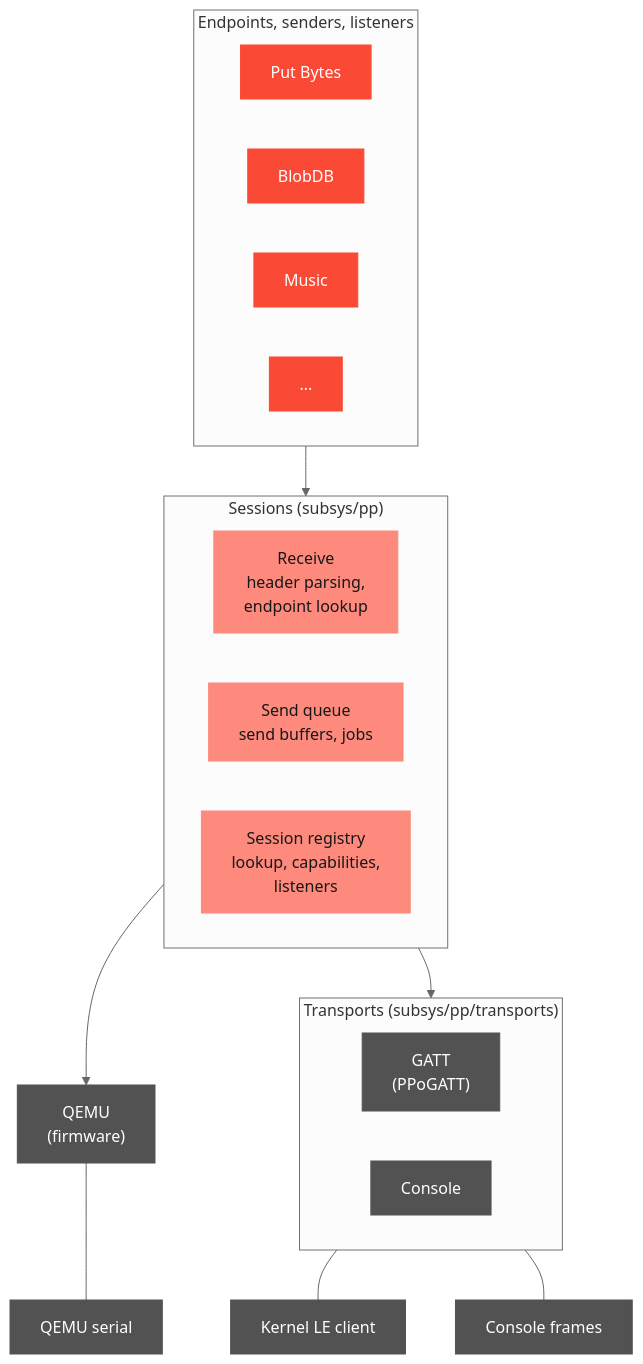
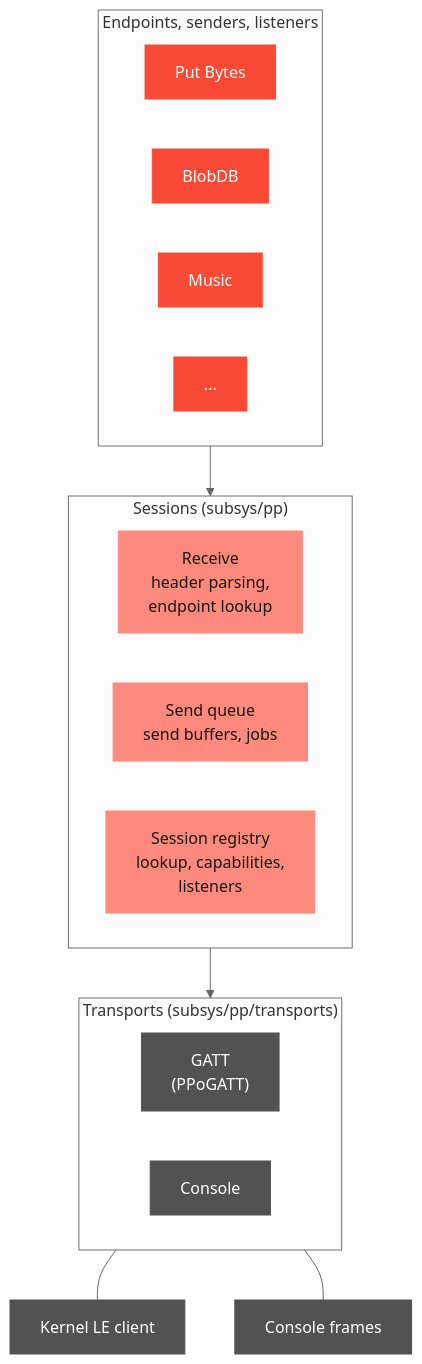
One commit to coredevices/PebbleOS changed the first of 4 diagrams in docs/subsystems/pp/index.md. Above: the diagram before and after it, drawn with Mermaid (neutral theme). The commit also changed 16 other files, not shown here.

````diff
--- a/docs/subsystems/pp/index.md
+++ b/docs/subsystems/pp/index.md
@@ -35,35 +35,32 @@
 ```{mermaid}
 flowchart TB
   subgraph users["Endpoints, senders, listeners"]
     direction LR
     pb["Put Bytes"]
     blob["BlobDB"]
     music["Music"]
     more["..."]
   end
   subgraph core["Sessions (subsys/pp)"]
     direction LR
     rx["Receive<br/>header parsing,<br/>endpoint lookup"]
     tx["Send queue<br/>send buffers, jobs"]
     sess["Session registry<br/>lookup, capabilities,<br/>listeners"]
   end
   subgraph transports["Transports (subsys/pp/transports)"]
     direction LR
     gatt["GATT<br/>(PPoGATT)"]
     console["Console"]
   end
-  qemu["QEMU<br/>(firmware)"]
   users --> core
   core --> transports
-  core --> qemu
   gatt --- ble["Kernel LE client"]
   console --- cons["Console frames"]
-  qemu --- qser["QEMU serial"]
 
   classDef app fill:#fa4a36,stroke:#fa4a36,color:#ffffff
   classDef system fill:#fd8a7c,stroke:#fd8a7c,color:#171717
   classDef base fill:#525252,stroke:#525252,color:#ffffff
   class pb,blob,music,more app
   class rx,tx,sess system
-  class gatt,console,qemu,ble,cons,qser base
+  class gatt,console,ble,cons base
 ```
````
